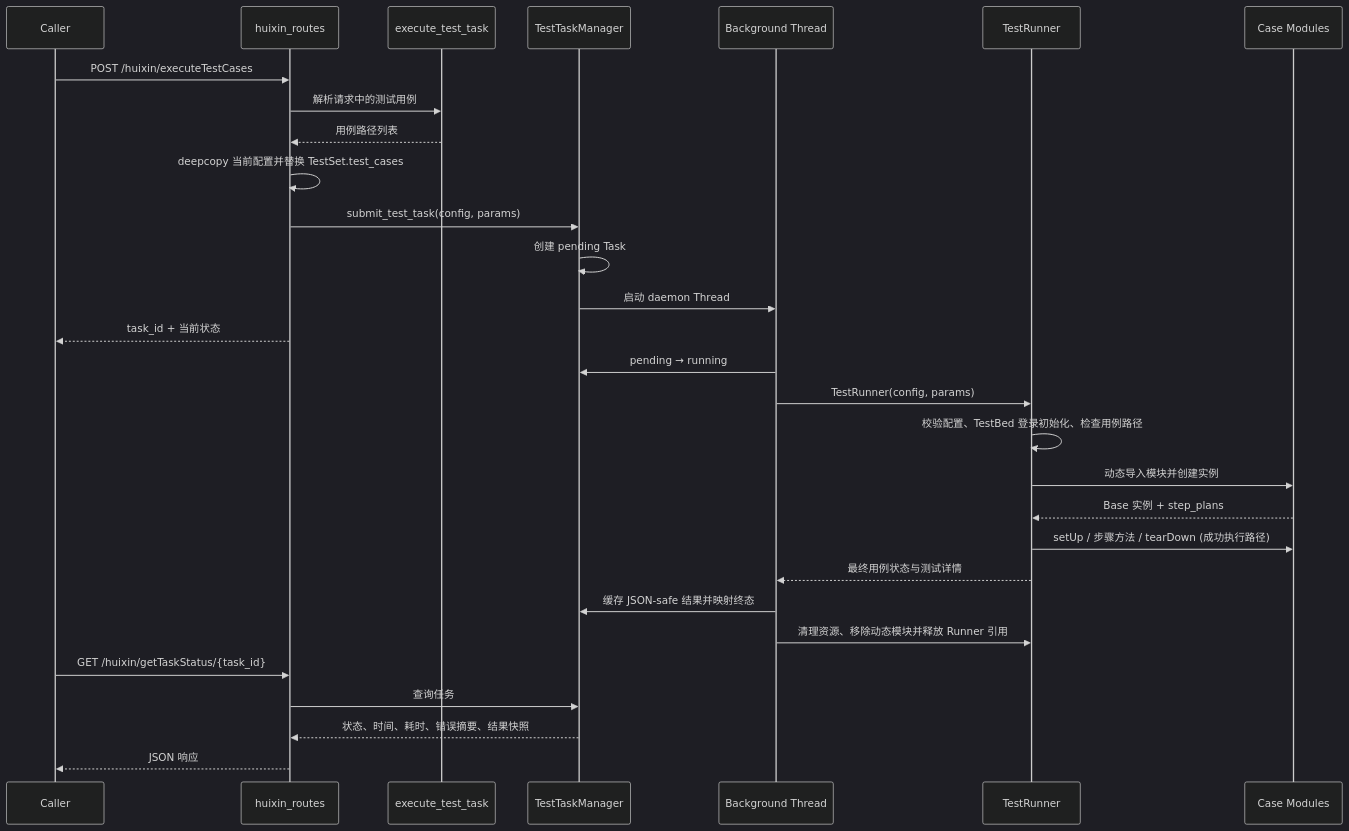
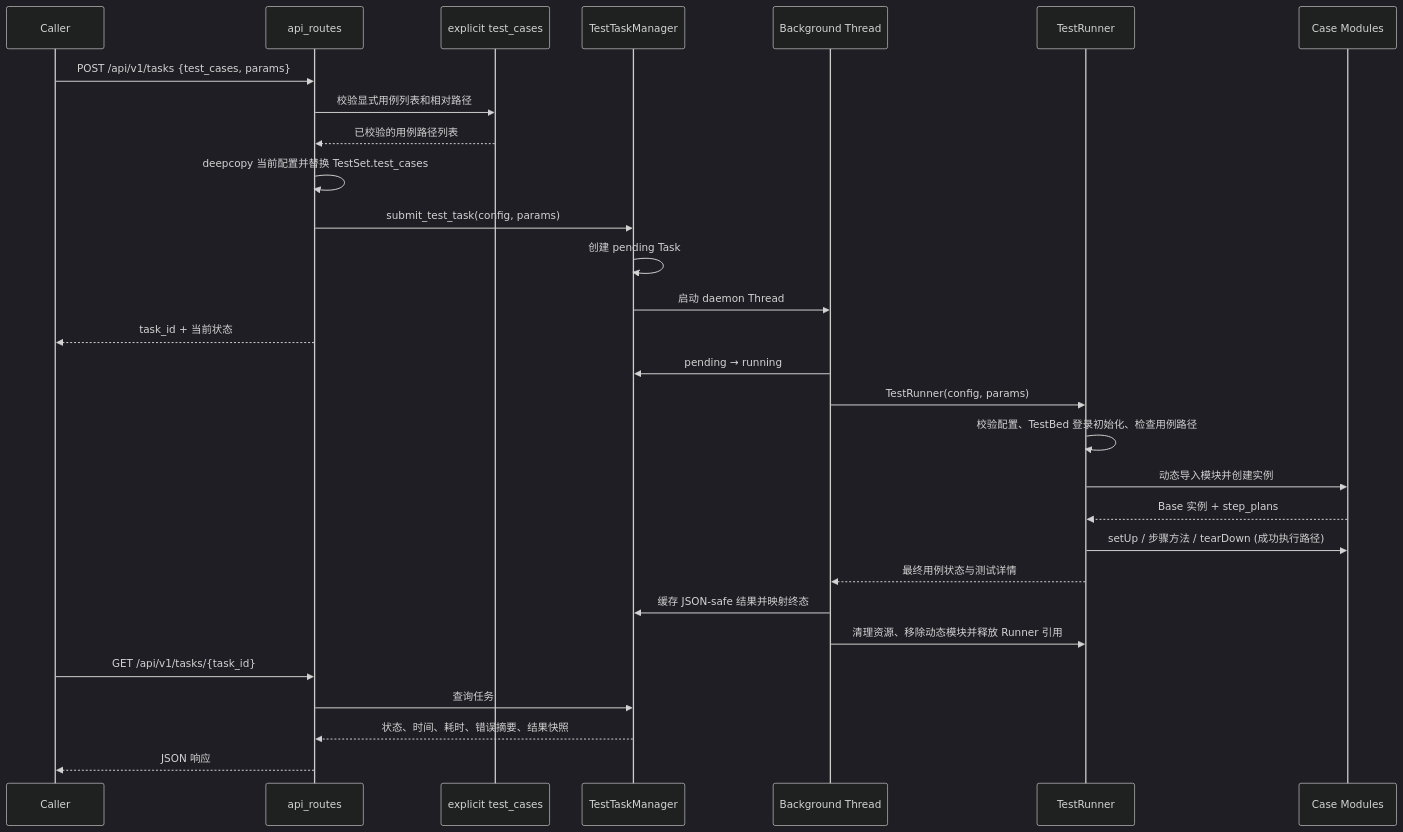
One commit to T-tang-tao/AutoTestWeb changed the second of 3 diagrams in docs/architecture.md. Above: the diagram before and after it, drawn with Mermaid (dark theme). The commit also changed other lines of this file and 7 other files, not shown here.

````diff
--- a/docs/architecture.md
+++ b/docs/architecture.md
@@ -49,32 +55,32 @@
 ```mermaid
 sequenceDiagram
     participant Caller as Caller
-    participant Route as huixin_routes
-    participant Selector as execute_test_task
+    participant Route as api_routes
+    participant Selector as explicit test_cases
     participant Manager as TestTaskManager
     participant Thread as Background Thread
     participant Runner as TestRunner
     participant Case as Case Modules
 
-    Caller->>Route: POST /huixin/executeTestCases
-    Route->>Selector: 解析请求中的测试用例
-    Selector-->>Route: 用例路径列表
+    Caller->>Route: POST /api/v1/tasks {test_cases, params}
+    Route->>Selector: 校验显式用例列表和相对路径
+    Selector-->>Route: 已校验的用例路径列表
     Route->>Route: deepcopy 当前配置并替换 TestSet.test_cases
     Route->>Manager: submit_test_task(config, params)
     Manager->>Manager: 创建 pending Task
     Manager->>Thread: 启动 daemon Thread
     Route-->>Caller: task_id + 当前状态
     Thread->>Manager: pending → running
     Thread->>Runner: TestRunner(config, params)
     Runner->>Runner: 校验配置、TestBed 登录初始化、检查用例路径
     Runner->>Case: 动态导入模块并创建实例
     Case-->>Runner: Base 实例 + step_plans
     Runner->>Case: setUp / 步骤方法 / tearDown (成功执行路径)
     Runner-->>Thread: 最终用例状态与测试详情
     Thread->>Manager: 缓存 JSON-safe 结果并映射终态
     Thread->>Runner: 清理资源、移除动态模块并释放 Runner 引用
-    Caller->>Route: GET /huixin/getTaskStatus/{task_id}
+    Caller->>Route: GET /api/v1/tasks/{task_id}
     Route->>Manager: 查询任务
     Manager-->>Route: 状态、时间、耗时、错误摘要、结果快照
     Route-->>Caller: JSON 响应
 ```
````
